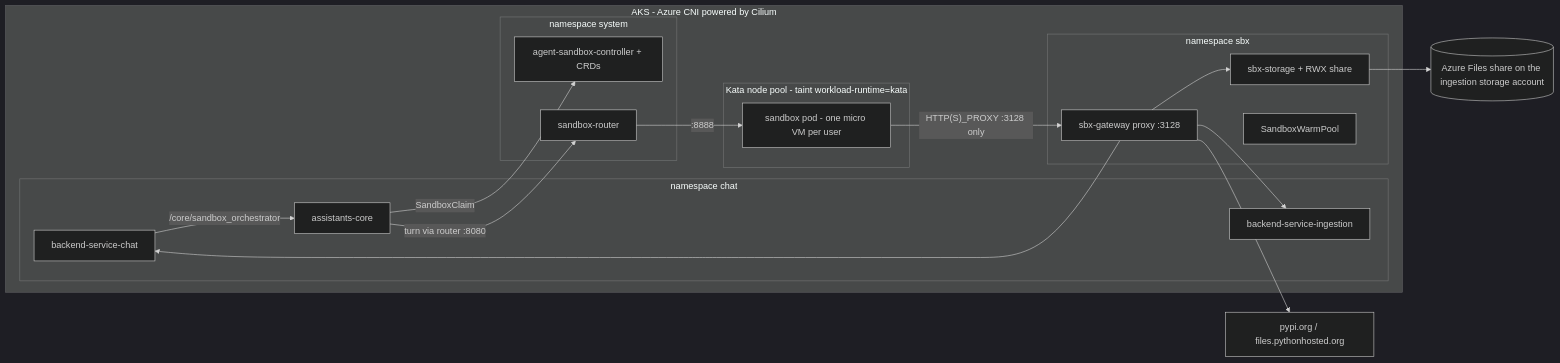
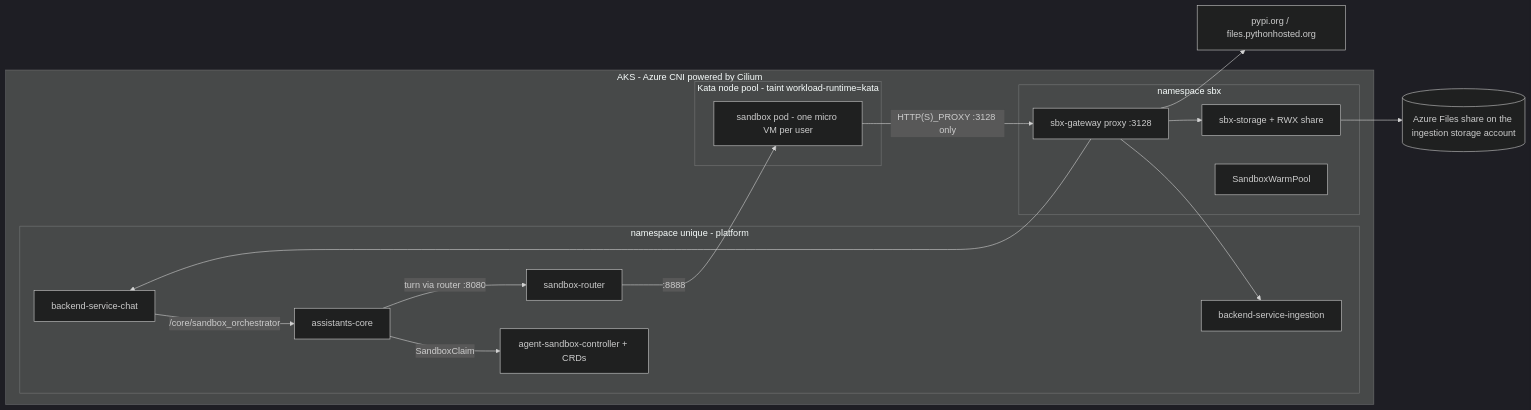
One commit to Unique-AG/hello-azure-v2 changed the first of 2 diagrams in docs/rollouts/2026-11-conduct.md. Above: the diagram before and after it, drawn with Mermaid (dark theme). The commit also changed other lines of this file and 17 other files, not shown here.

````diff
--- a/docs/rollouts/2026-11-conduct.md
+++ b/docs/rollouts/2026-11-conduct.md
@@ -28,34 +28,32 @@
 ```mermaid
 flowchart LR
   subgraph aks [AKS - Azure CNI powered by Cilium]
-    subgraph chatNs [namespace chat]
+    subgraph platformNs [namespace unique - platform]
       nodeChat[backend-service-chat]
       assistantsCore[assistants-core]
       nodeIngestion[backend-service-ingestion]
-    end
-    subgraph systemNs [namespace system]
       controller[agent-sandbox-controller + CRDs]
       router[sandbox-router]
     end
     subgraph sbxNs [namespace sbx]
       gateway[sbx-gateway proxy :3128]
       storage[sbx-storage + RWX share]
       warmpool[SandboxWarmPool]
     end
     subgraph kataPool [Kata node pool - taint workload-runtime=kata]
       sandbox[sandbox pod - one micro VM per user]
     end
   end
   files[(Azure Files share on the ingestion storage account)]
   pypi[pypi.org / files.pythonhosted.org]
   nodeChat -->|"/core/sandbox_orchestrator"| assistantsCore
   assistantsCore -->|SandboxClaim| controller
   assistantsCore -->|"turn via router :8080"| router
   router -->|":8888"| sandbox
   sandbox -->|"HTTP(S)_PROXY :3128 only"| gateway
   gateway --> nodeChat
   gateway --> nodeIngestion
   gateway --> storage
   gateway --> pypi
   storage --> files
 ```
````
